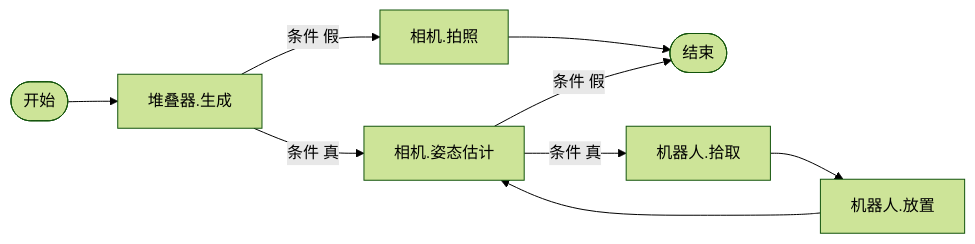
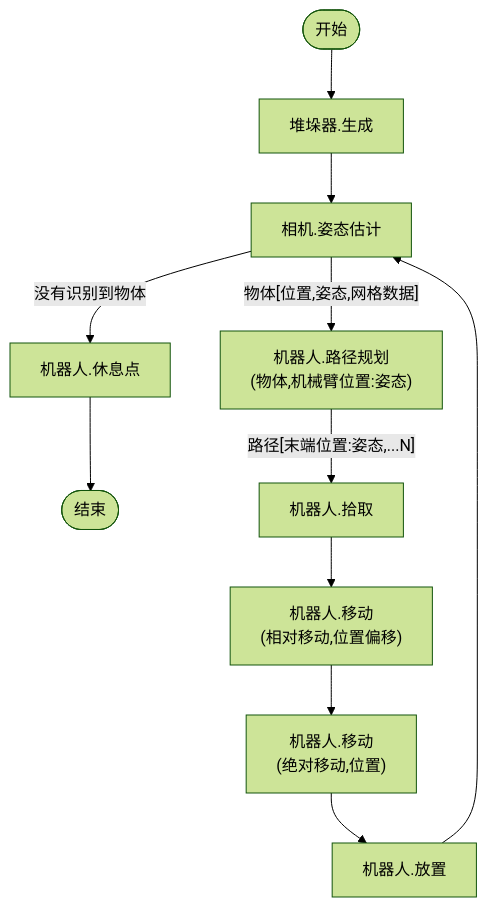
Diagram 12 of 13 in README.md (sltruman/practical-tools), drawn with Mermaid (forest theme) before and after one commit. The commit also changed other lines of this file and 7 other files, not shown here.

````diff
--- a/README.md
+++ b/README.md
@@ -341,21 +336,22 @@
 ```mermaid
-flowchart LR
+flowchart TB
     start([开始])
     finish([结束])
-    packer.generate[堆叠器.生成]
-    camera.capture[相机.拍照]
+    stacker.generate[堆垛器.生成]
     camera.pose_recognize[相机.姿态估计]
+    robot.pick_plan["机器人.路径规划\n(物体,机械臂位置:姿态)"]
+    robot.move1["机器人.移动\n(相对移动,位置偏移)"]
+    robot.move2["机器人.移动\n(绝对移动,位置)"]
     robot.pick[机器人.拾取]
     robot.place[机器人.放置]
-    start-->packer.generate
+    robot.home[机器人.休息点]
+    start-->stacker.generate
 
-    packer.generate--条件 假-->camera.capture
-    camera.capture-->finish
-
-    packer.generate--条件 真-->camera.pose_recognize
-    camera.pose_recognize--条件 真-->robot.pick
-    robot.pick-->robot.place
+    stacker.generate-->camera.pose_recognize
+    camera.pose_recognize--"物体[位置,姿态,网格数据]\n"-->robot.pick_plan
+    robot.pick_plan--"路径[末端位置:姿态,...N]"-->robot.pick
+    robot.pick-->robot.move1-->robot.move2-->robot.place
     robot.place-->camera.pose_recognize
 
-    camera.pose_recognize--条件 假-->finish
+    camera.pose_recognize--没有识别到物体-->robot.home-->finish
 ```
````
